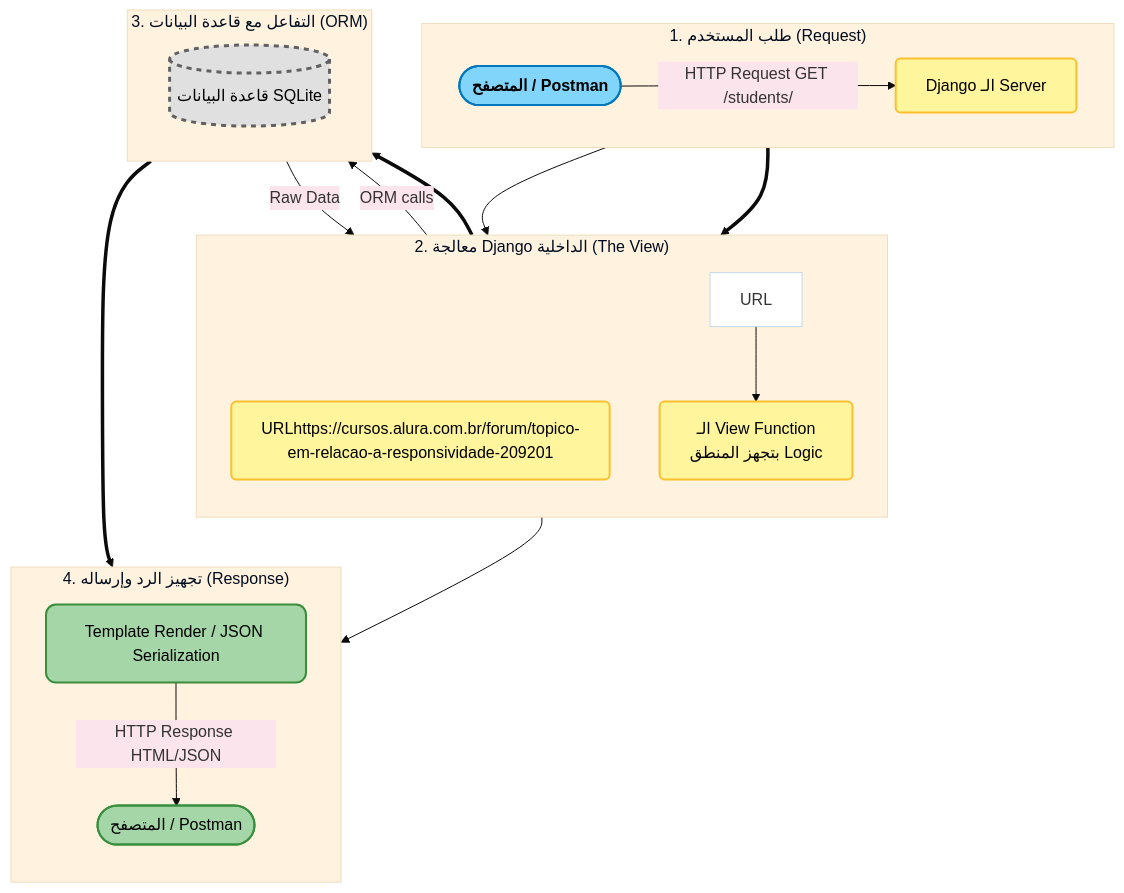
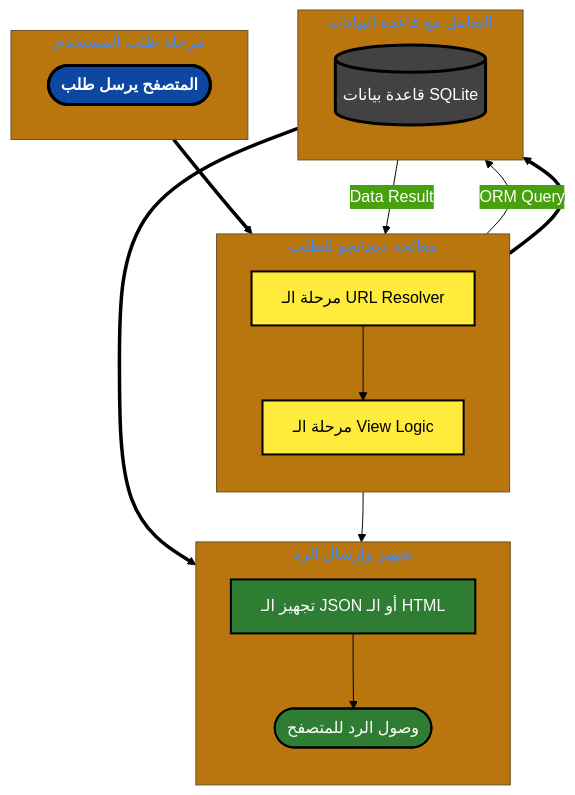
The second of 13 diagrams in django/ITI_Django_Journey.md (muhammad-khaled-tech/My-Study-Notes), drawn with Mermaid before and after one commit. The commit also changed 2 other files, not shown here.

Commit message:
vault backup: 2026-03-28 13:22:15

````diff
--- a/django/ITI_Django_Journey.md
+++ b/django/ITI_Django_Journey.md
@@ -39,44 +39,45 @@
 ```mermaid
-%%{init: {'theme': 'base', 'themeVariables': { 'primaryColor': '#e3f2fd', 'secondaryColor': '#fce4ec', 'tertiaryColor': '#fff3e0', 'mainBkg': '#ffffff'}}}%%
+%%{init: {'theme': 'base', 'themeVariables': { 'primaryColor': '#0d47a1', 'primaryTextColor': '#fff', 'lineColor': '#000'}}}%%
 graph TD
-    %% تعريف الستايلات
-    classDef requestAct fill:#81d4fa,stroke:#0277bd,stroke-width:2px,color:black,font-weight:bold;
-    classDef djangoProc fill:#fff59d,stroke:#fbc02d,stroke-width:2px,color:black,rx:5,ry:5;
-    classDef orm fill:#ce93d8,stroke:#8e24aa,stroke-width:2px,color:black;
-    classDef dbAct fill:#e0e0e0,stroke:#616161,stroke-width:3px,shape:cylinder,color:black,stroke-dasharray: 5 5;
-    classDef response fill:#a5d6a7,stroke:#388e3c,stroke-width:2px,color:black,rx:10,ry:10;
+    %% تعريف ستايلات قوية (High Contrast)
+    classDef userBox fill:#0d47a1,stroke:#000,stroke-width:3px,color:#fff,font-weight:bold;
+    classDef djangoBox fill:#ffeb3b,stroke:#000,stroke-width:2px,color:#000;
+    classDef dbBox fill:#424242,stroke:#000,stroke-width:3px,color:#fff;
+    classDef outBox fill:#2e7d32,stroke:#000,stroke-width:2px,color:#fff;
 
-    %% --- طلب المستخدم ---
-    subgraph UserRequest [" 1. طلب المستخدم (Request) "]
+    %% --- المرحله الاولى ---
+    subgraph S1 ["مرحلة طلب المستخدم"]
         direction LR
-        UserIn([المتصفح / Postman]):::requestAct -- HTTP Request GET /students/ --> DjangoIn
+        Request(["المتصفح يرسل طلب"]):::userBox
     end
 
-    UserRequest ==> DjangoProcess
+    S1 ==> S2
 
-    %% --- معالجة Django الداخلية ---
-    subgraph DjangoProcess [" 2. معالجة Django الداخلية (The View) "]
+    %% --- المرحله الثانيه ---
+    subgraph S2 ["معالجة ديجانجو للطلب"]
         direction TB
-        DjangoIn[Django الـ Server]:::djangoProc
-        DjangoIn --> URLhttps://cursos.alura.com.br/forum/topico-em-relacao-a-responsividade-209201:::djangoProc
-        URL --> ViewLogic["الـ View Function<br>بتجهز المنطق Logic"]:::djangoProc
+        URL["مرحلة الـ URL Resolver"]:::djangoBox
+        View["مرحلة الـ View Logic"]:::djangoBox
+        URL --> View
     end
 
-    DjangoProcess ==> DBInteraction
+    S2 ==> S3
 
-    %% --- التفاعل مع قاعدة البيانات ---
-    subgraph DBInteraction [" 3. التفاعل مع قاعدة البيانات (ORM) "]
+    %% --- المرحله الثالثه ---
+    subgraph S3 ["التعامل مع قاعدة البيانات"]
         direction LR
-        ViewLogic -- ORM calls --> SQLite[(قاعدة البيانات SQLite)]:::dbAct
-        SQLite -- Raw Data --> ViewLogic
+        DB[("قاعدة بيانات SQLite")]:::dbBox
+        View -- "ORM Query" --> DB
+        DB -- "Data Result" --> View
     end
 
-    DBInteraction ==> ResponseGen
+    S3 ==> S4
 
-    %% --- تجهيز الرد وإرساله ---
-    subgraph ResponseGen [" 4. تجهيز الرد وإرساله (Response) "]
+    %% --- المرحله الرابعه ---
+    subgraph S4 ["تجهيز وإرسال الرد"]
         direction TB
-        ViewLogic --> Render[Template Render / JSON Serialization]:::response
-        Render -- HTTP Response HTML/JSON --> UserOut([المتصفح / Postman]):::response
+        Response["تجهيز الـ JSON أو الـ HTML"]:::outBox
+        Final([وصول الرد للمتصفح]):::outBox
+        View --> Response --> Final
     end
 ```
````
